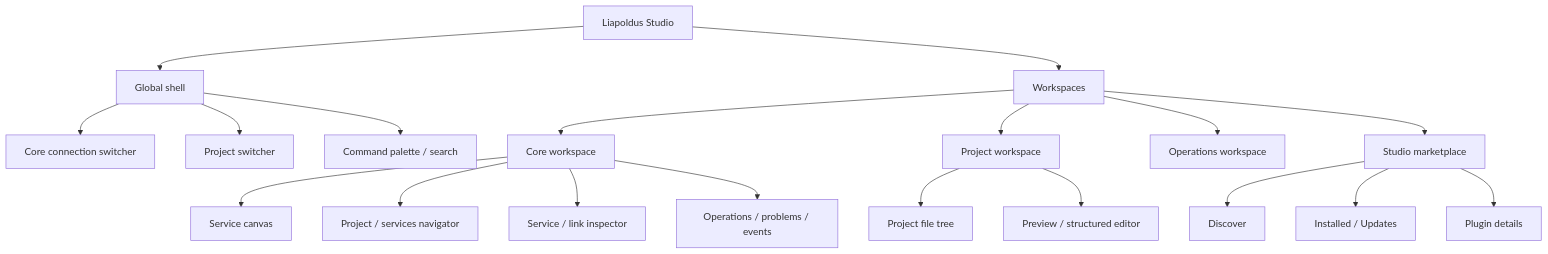
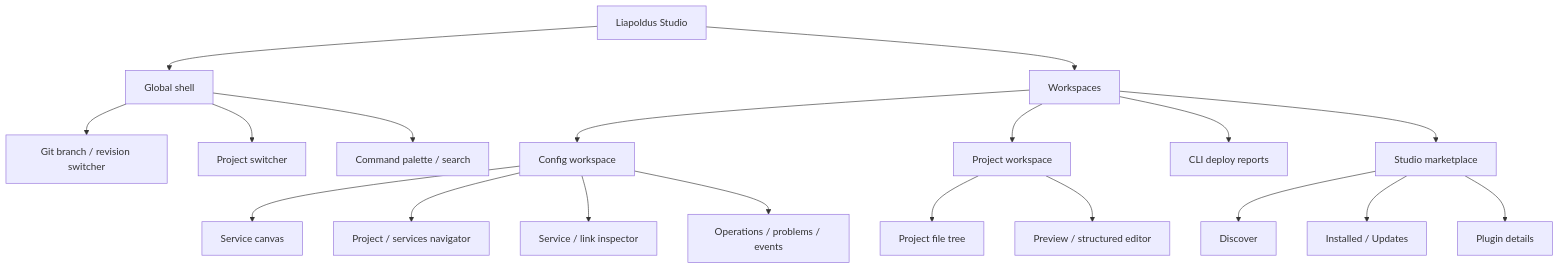
Before and after one commit to Liapoldus/studio: the diagram in docs/diagrams/studio-information-architecture.mmd, drawn with Mermaid. The commit also changed 8 other files, not shown here.

```diff
--- a/docs/diagrams/studio-information-architecture.mmd
+++ b/docs/diagrams/studio-information-architecture.mmd
@@ -1,19 +1,19 @@
 flowchart TD
     S["Liapoldus Studio"] --> G["Global shell"]
-    G --> C["Core connection switcher"]
+    G --> C["Git branch / revision switcher"]
     G --> P["Project switcher"]
     G --> Q["Command palette / search"]
     S --> W["Workspaces"]
-    W --> CW["Core workspace"]
+    W --> CW["Config workspace"]
     W --> PW["Project workspace"]
-    W --> OW["Operations workspace"]
+    W --> OW["CLI deploy reports"]
     W --> MW["Studio marketplace"]
     CW --> Canvas["Service canvas"]
     CW --> Tree["Project / services navigator"]
     CW --> Inspector["Service / link inspector"]
     CW --> Bottom["Operations / problems / events"]
     PW --> Files["Project file tree"]
     PW --> Preview["Preview / structured editor"]
     MW --> Discover["Discover"]
     MW --> Installed["Installed / Updates"]
     MW --> Details["Plugin details"]
```
